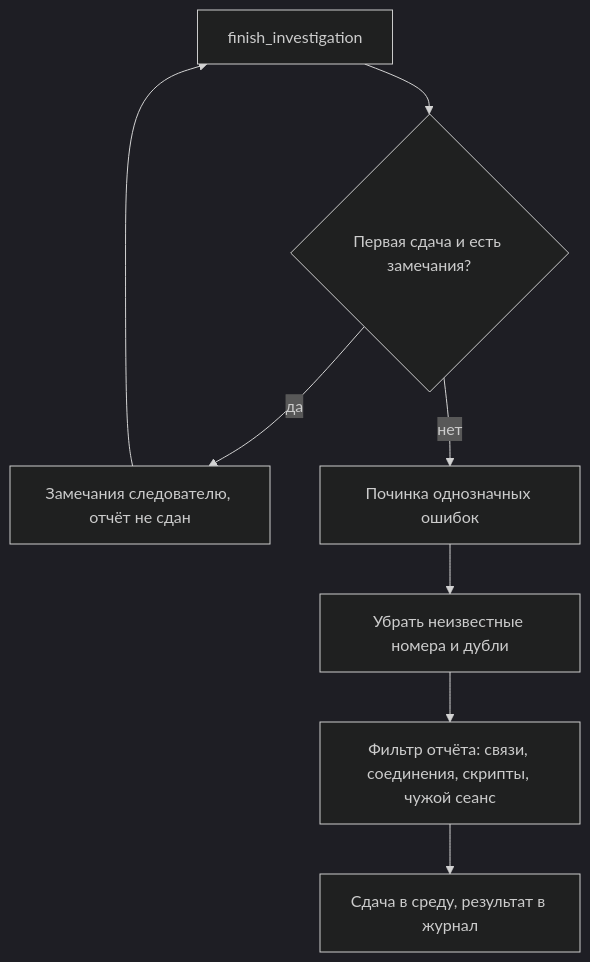
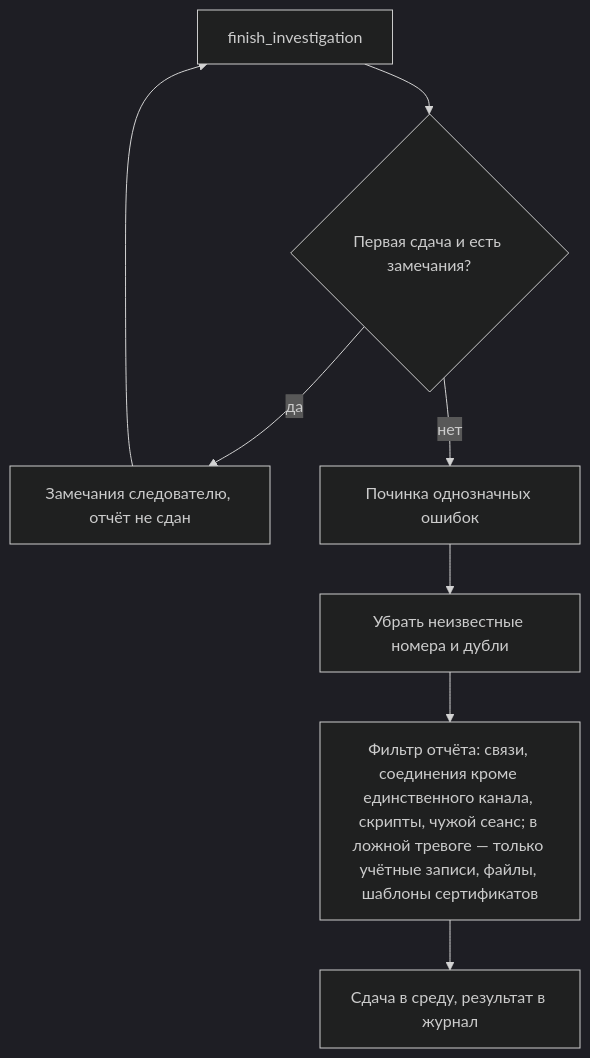
Before and after one commit to Starzrng/SOC_agent_harness_2026: the fourth of 4 diagrams in README.md, drawn with Mermaid (dark theme). The commit also changed other lines of this file and 14 other files, not shown here.

````diff
--- a/README.md
+++ b/README.md
@@ -431,10 +457,10 @@
 ```mermaid
 flowchart TD
     F1["finish_investigation"] --> F2{"Первая сдача и есть замечания?"}
     F2 -->|да| F3["Замечания следователю, отчёт не сдан"]
     F3 --> F1
     F2 -->|нет| F4["Починка однозначных ошибок"]
     F4 --> F5["Убрать неизвестные номера и дубли"]
-    F5 --> F6["Фильтр отчёта: связи, соединения, скрипты, чужой сеанс"]
+    F5 --> F6["Фильтр отчёта: связи, соединения кроме единственного канала, скрипты, чужой сеанс; в ложной тревоге — только учётные записи, файлы, шаблоны сертификатов"]
     F6 --> F7["Сдача в среду, результат в журнал"]
 ```
````
